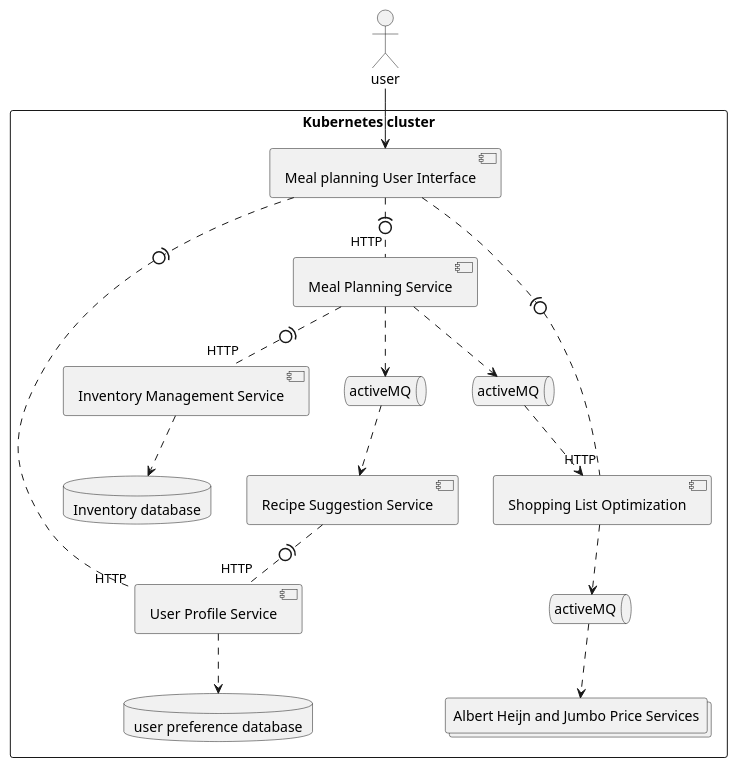
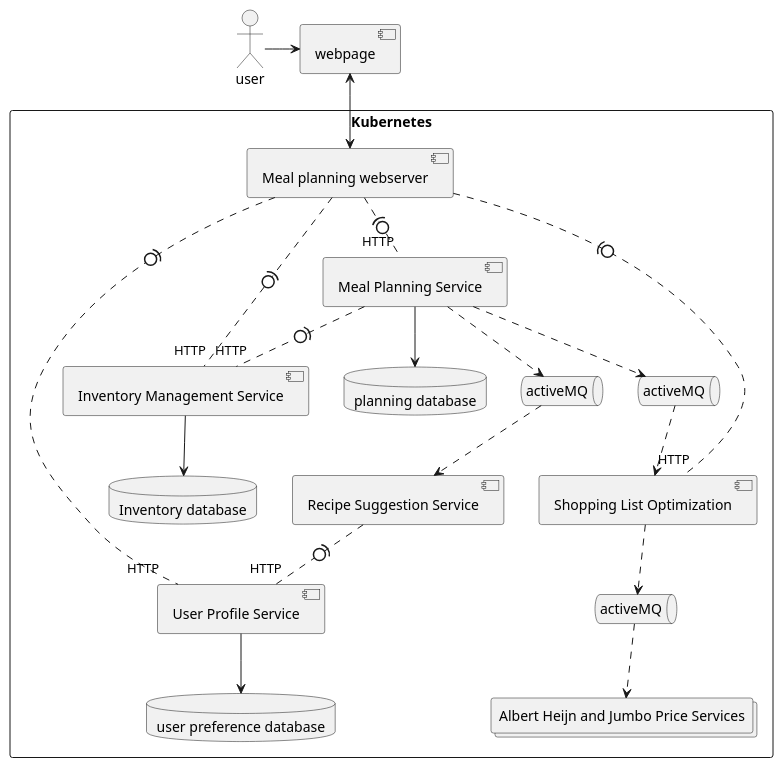
Before and after one commit to evanfranciszok/SOA-project: the first of 2 diagrams in _ProjectFiles/FinalProjectReport.md, drawn with PlantUML. The commit also changed other lines of this file and 3 other files, not shown here.

Commit message:
update Sequence diagram and business process

```diff
--- a/_ProjectFiles/FinalProjectReport.md
+++ b/_ProjectFiles/FinalProjectReport.md
@@ -113,33 +118,38 @@
 @startuml
 actor user
-rectangle "Kubernetes cluster" {
-    component "Meal planning User Interface" as ui
+component webpage as ui
+rectangle "Kubernetes" {
+    component "Meal planning webserver" as web
     component "Meal Planning Service" as mealplan
+    database "planning database" as pdb
     component "Recipe Suggestion Service" as suggest
     component "Inventory Management Service" as inventoryser
     database "Inventory database" as idb
     component "Shopping List Optimization" as shoplist
     component "User Profile Service" as userprof
     database "user preference database" as updb
     collections "Albert Heijn and Jumbo Price Services" as supermarket
     queue activeMQ as shopQueue
     queue activeMQ as suggestQueue
     queue activeMQ as priceQueue
 }
 
-user --> ui
-ui .(0. "HTTP" userprof
-ui .(0. "HTTP" shoplist
-ui .(0. "HTTP" mealplan
+user -right-> ui
+ui <--> web
+web .(0. "HTTP" userprof
+web .(0. "HTTP" shoplist
+web .(0. "HTTP" mealplan
+web .(0. "HTTP" inventoryser
 mealplan ..> suggestQueue 
 suggestQueue ..> suggest
 mealplan .(0. "HTTP" inventoryser
 mealplan ..> shopQueue
 shopQueue ..> shoplist
 suggest .(0. "HTTP" userprof
 shoplist ..> priceQueue 
 priceQueue ..> supermarket
 
-userprof ..> updb
-inventoryser ..> idb
+mealplan --> pdb
+userprof --> updb
+inventoryser --> idb
 @enduml
```
